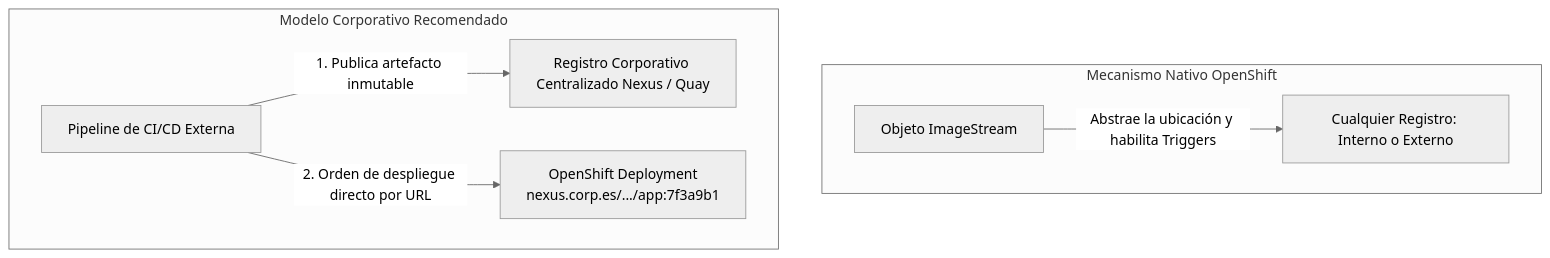
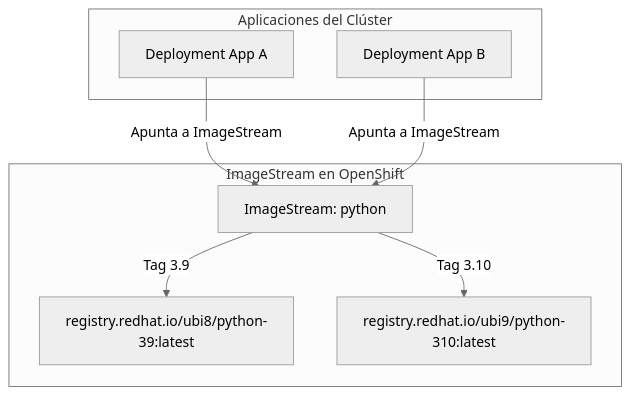
Before and after one commit to ieftraining/curso-openshift: the fifth of 6 diagrams in docs/sesion4/4.4 Registro, gestión y seguridad de imágenes.md, drawn with Mermaid (neutral theme). The commit also changed other lines of this file, not shown here.

````diff
--- a/docs/sesion4/4.4 Registro, gestión y seguridad de imágenes.md
+++ b/docs/sesion4/4.4 Registro, gestión y seguridad de imágenes.md
@@ -149,11 +129,12 @@
 ```mermaid
 flowchart TD
-    subgraph Mecanismo Nativo OpenShift
-        IS[Objeto ImageStream] -->|Abstrae la ubicación y habilita Triggers| R[Cualquier Registro: Interno o Externo]
+    subgraph ImageStream en OpenShift
+        IS[ImageStream: python] -->|Tag 3.9| R1[registry.redhat.io/ubi8/python-39:latest]
+        IS -->|Tag 3.10| R2[registry.redhat.io/ubi9/python-310:latest]
     end
 
-    subgraph Modelo Corporativo Recomendado
-        PIPE[Pipeline de CI/CD Externa] -->|1. Publica artefacto inmutable| NEXUS[Registro Corporativo Centralizado Nexus / Quay]
-        PIPE -->|2. Orden de despliegue directo por URL| DEP[OpenShift Deployment<br>nexus.corp.es/.../app:7f3a9b1]
+    subgraph Aplicaciones del Clúster
+        D1[Deployment App A] -->|Apunta a ImageStream| IS
+        D2[Deployment App B] -->|Apunta a ImageStream| IS
     end
 ```
````
